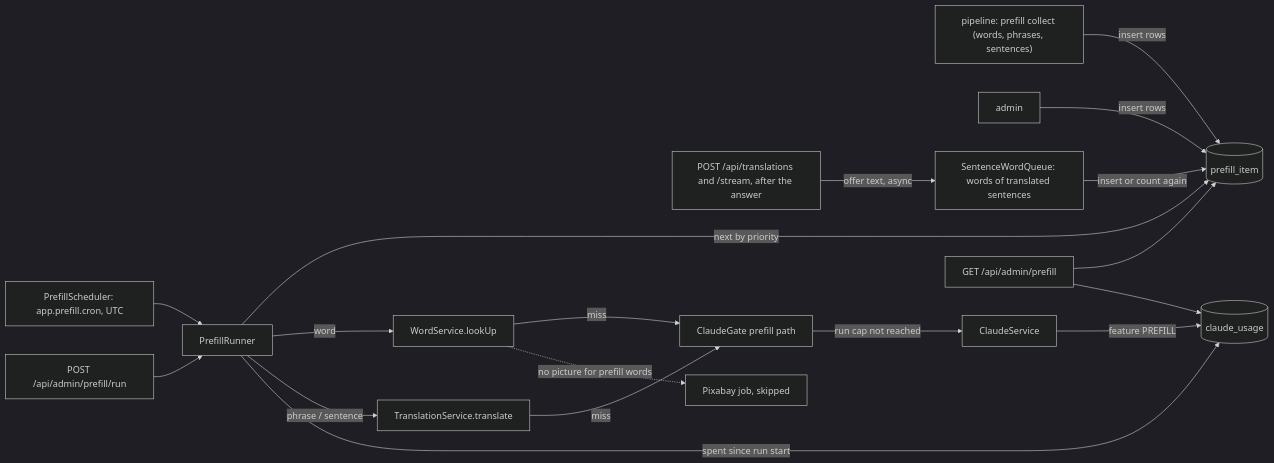
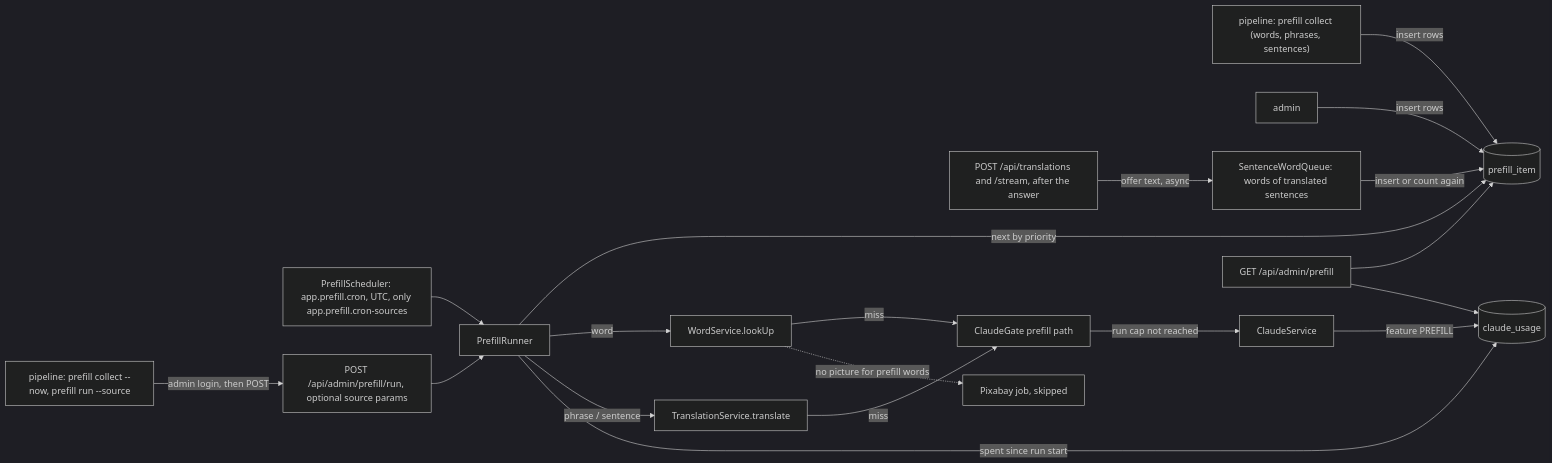
The first of 4 diagrams in backlog/docs/features/doc-18 - Prefill.md (tranphuocloc070699/saynata), drawn with Mermaid (dark theme) before and after one commit. The commit also changed other lines of this file and 16 other files, not shown here.

Commit message:
TASK-83.12: night prefill answers only cron-sources; run at once with prefill run / collect --now

````diff
--- a/backlog/docs/features/doc-18 - Prefill.md
+++ b/backlog/docs/features/doc-18 - Prefill.md
@@ -21,20 +21,21 @@
 ```mermaid
 flowchart LR
     PIPE["pipeline: prefill collect (words, phrases, sentences)"] -->|insert rows| Q[(prefill_item)]
     ADM[admin] -->|insert rows| Q
     SW["SentenceWordQueue: words of translated sentences"] -->|insert or count again| Q
     TC["POST /api/translations and /stream, after the answer"] -->|offer text, async| SW
-    CRON[PrefillScheduler: app.prefill.cron, UTC] --> R[PrefillRunner]
-    API["POST /api/admin/prefill/run"] --> R
+    CRON["PrefillScheduler: app.prefill.cron, UTC, only app.prefill.cron-sources"] --> R[PrefillRunner]
+    API["POST /api/admin/prefill/run, optional source params"] --> R
+    NOW["pipeline: prefill collect --now, prefill run --source"] -->|"admin login, then POST"| API
     R -->|next by priority| Q
     R -->|word| WS[WordService.lookUp]
     R -->|"phrase / sentence"| TS[TranslationService.translate]
     WS -->|miss| GATE[ClaudeGate prefill path]
     TS -->|miss| GATE
     GATE -->|"run cap not reached"| CL[ClaudeService]
     CL -->|"feature PREFILL"| USE[(claude_usage)]
     R -->|"spent since run start"| USE
     WS -.->|no picture for prefill words| MEDIA[Pixabay job, skipped]
     OV["GET /api/admin/prefill"] --> Q
     OV --> USE
 ```
````
